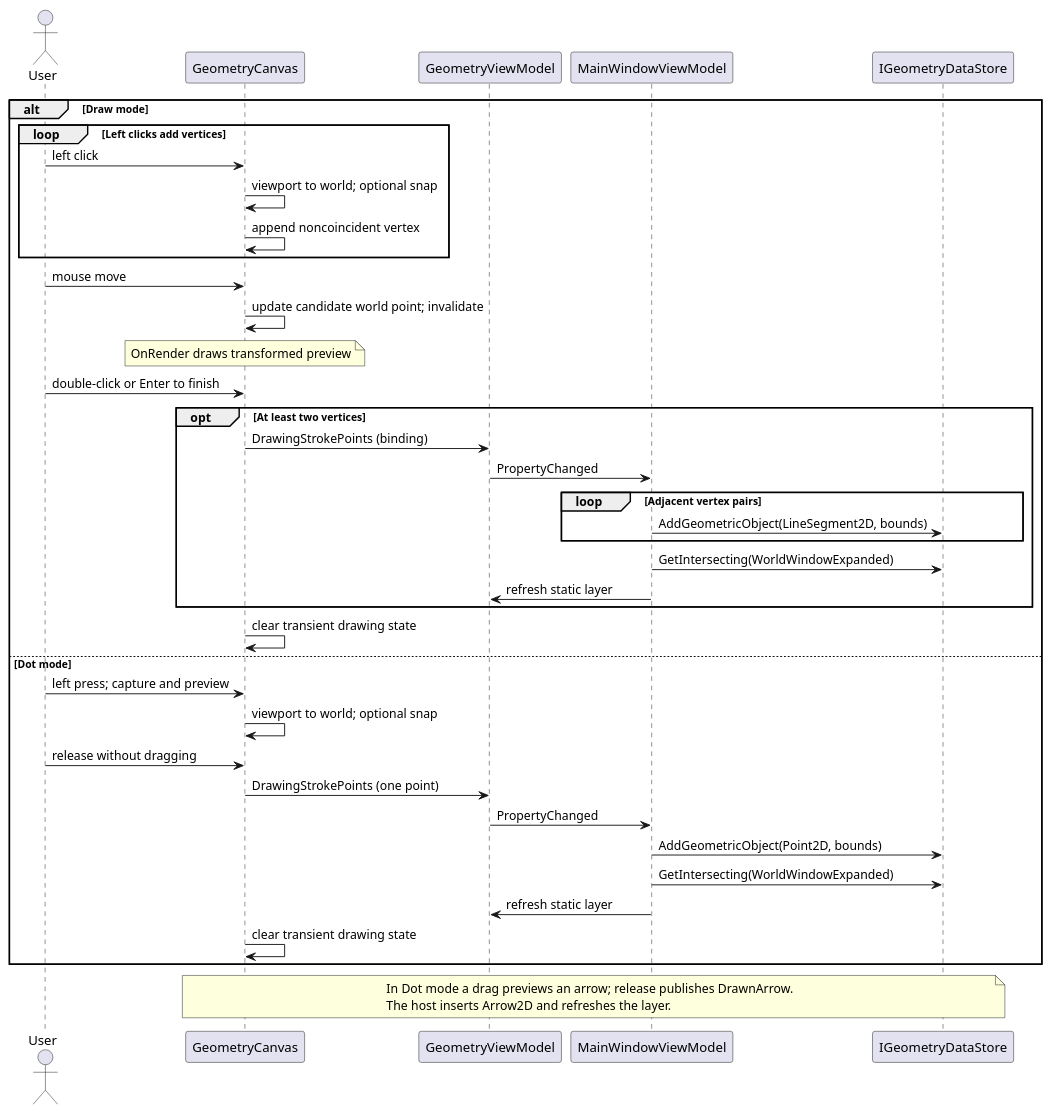
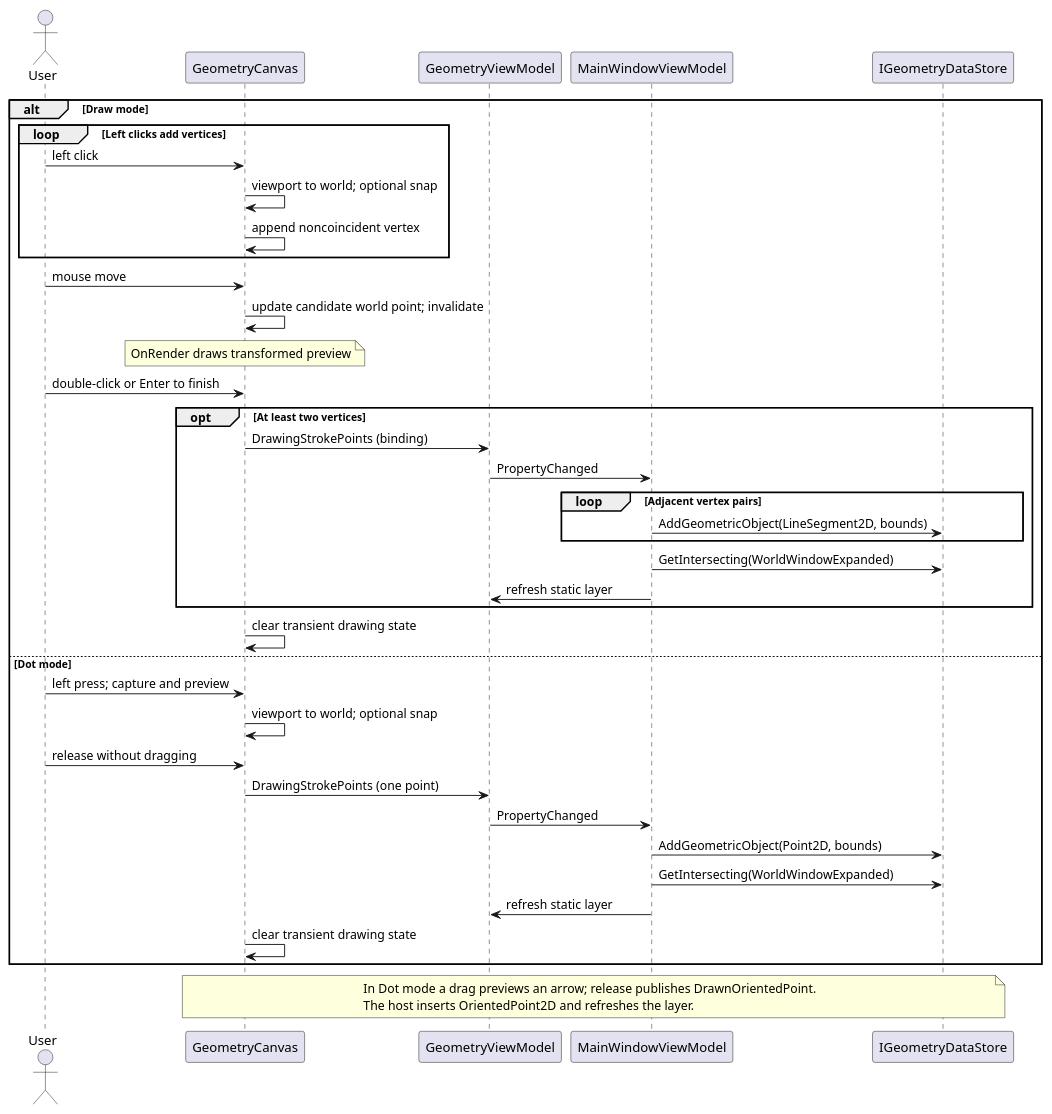
One commit to EbbeMeloSorensen/Craft changed the diagram in docs/Reborn/drawing-sequence.puml. Above: the diagram before and after it, drawn with PlantUML. The commit also changed 12 other files, not shown here.

```diff
--- a/docs/Reborn/drawing-sequence.puml
+++ b/docs/Reborn/drawing-sequence.puml
@@ -1,42 +1,42 @@
 @startuml
 actor User
 participant GeometryCanvas as Canvas
 participant GeometryViewModel as State
 participant MainWindowViewModel as Host
 participant IGeometryDataStore as Store
 alt Draw mode
   loop Left clicks add vertices
     User -> Canvas : left click
     Canvas -> Canvas : viewport to world; optional snap
     Canvas -> Canvas : append noncoincident vertex
   end
   User -> Canvas : mouse move
   Canvas -> Canvas : update candidate world point; invalidate
   note over Canvas : OnRender draws transformed preview
   User -> Canvas : double-click or Enter to finish
   opt At least two vertices
     Canvas -> State : DrawingStrokePoints (binding)
     State -> Host : PropertyChanged
     loop Adjacent vertex pairs
       Host -> Store : AddGeometricObject(LineSegment2D, bounds)
     end
     Host -> Store : GetIntersecting(WorldWindowExpanded)
     Host -> State : refresh static layer
   end
   Canvas -> Canvas : clear transient drawing state
 else Dot mode
   User -> Canvas : left press; capture and preview
   Canvas -> Canvas : viewport to world; optional snap
   User -> Canvas : release without dragging
   Canvas -> State : DrawingStrokePoints (one point)
   State -> Host : PropertyChanged
   Host -> Store : AddGeometricObject(Point2D, bounds)
   Host -> Store : GetIntersecting(WorldWindowExpanded)
   Host -> State : refresh static layer
   Canvas -> Canvas : clear transient drawing state
 end
 note over Canvas, Store
-In Dot mode a drag previews an arrow; release publishes DrawnArrow.
-The host inserts Arrow2D and refreshes the layer.
+In Dot mode a drag previews an arrow; release publishes DrawnOrientedPoint.
+The host inserts OrientedPoint2D and refreshes the layer.
 end note
 @enduml
```
